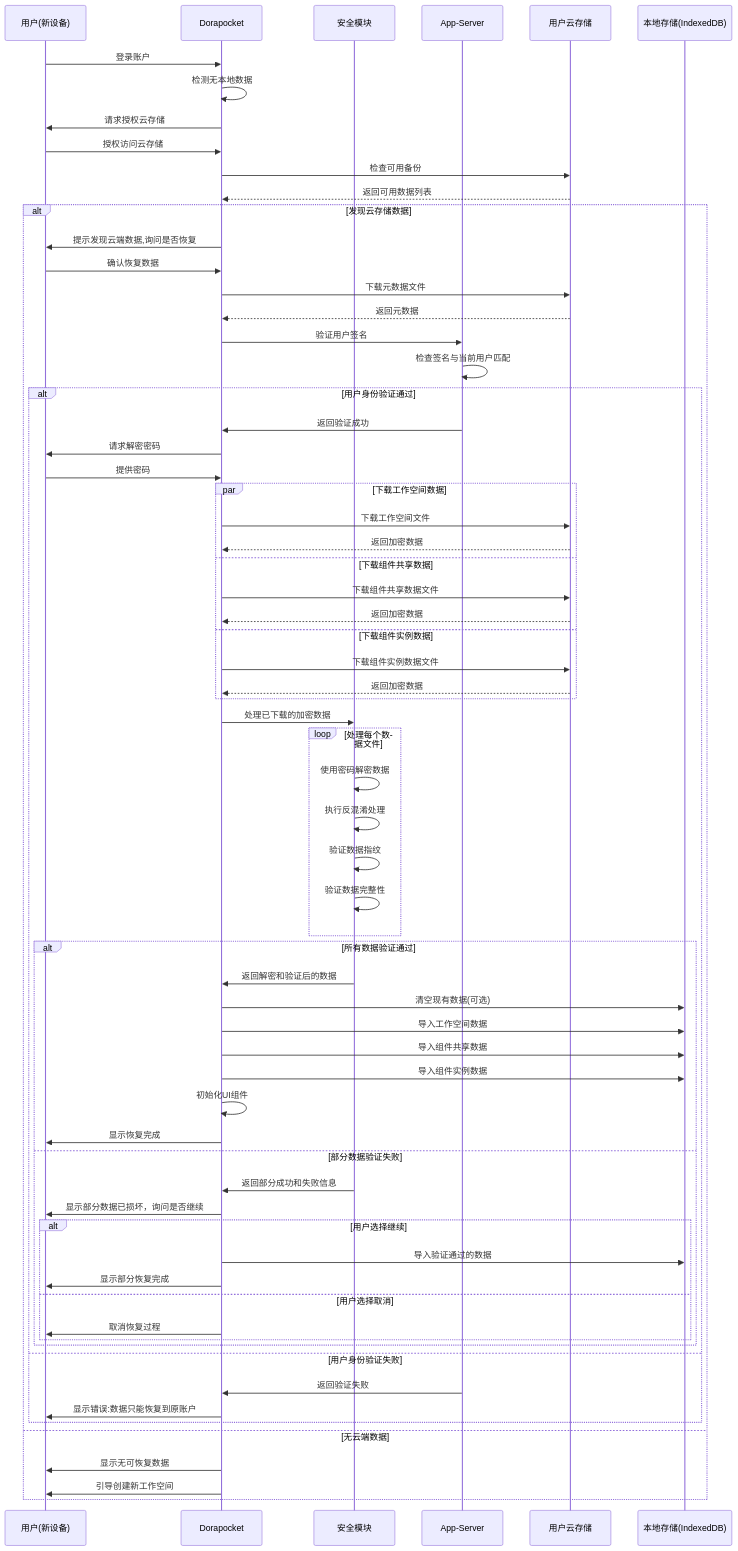
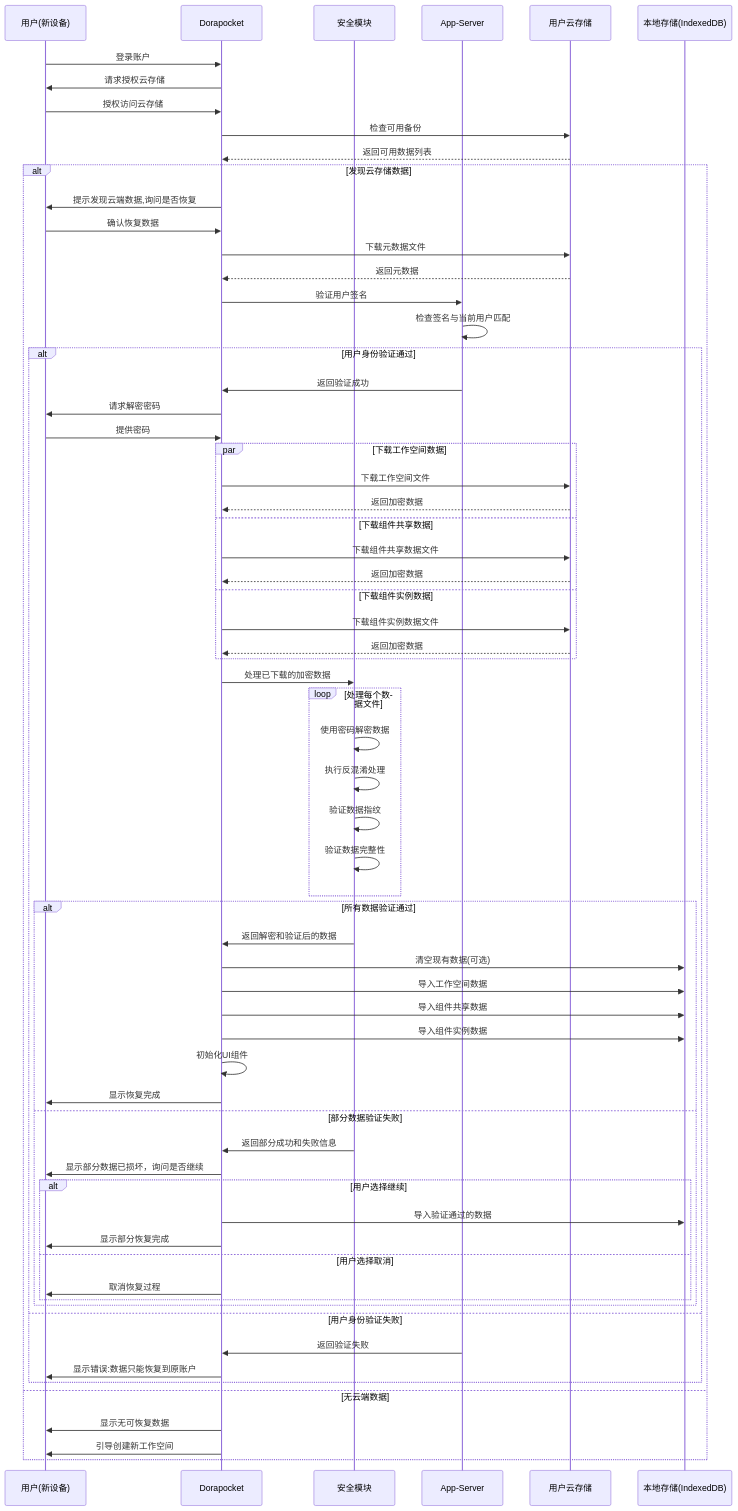
The diagram in all/未命名-34.md (yingjianzh/iodraw-files), drawn with Mermaid before and after one commit.

Commit message:
2025-04-17 17:04:49 update

```diff
--- a/all/未命名-34.md
+++ b/all/未命名-34.md
@@ -8,7 +8,7 @@
     participant LocalDB as 本地存储(IndexedDB)
     
     User->>App: 登录账户
-    App->>App: 检测无本地数据
+    
     
     App->>User: 请求授权云存储
     User->>App: 授权访问云存储
```
